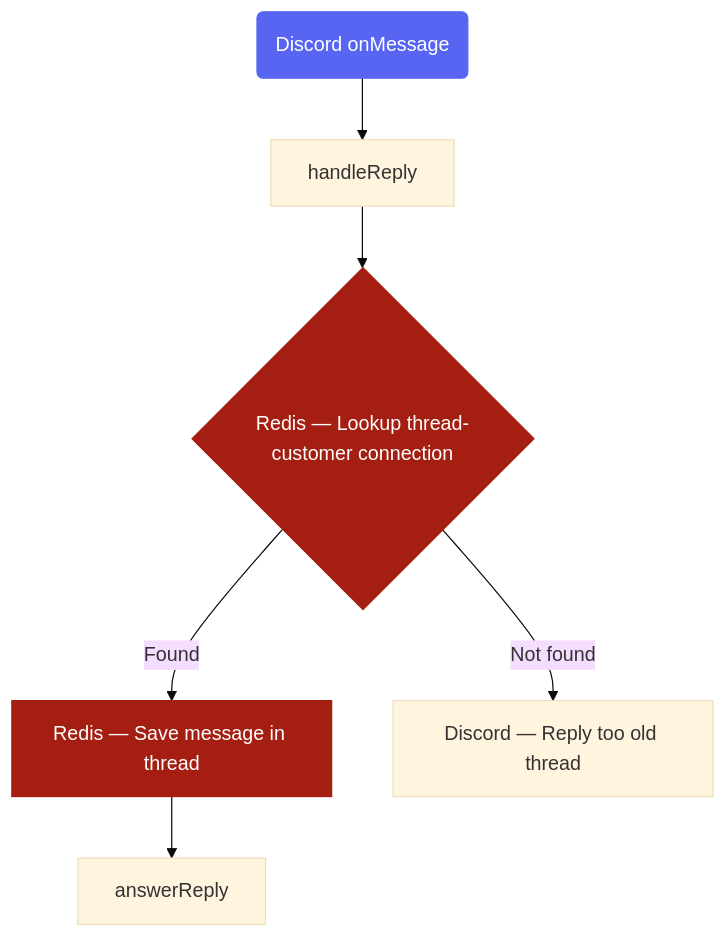
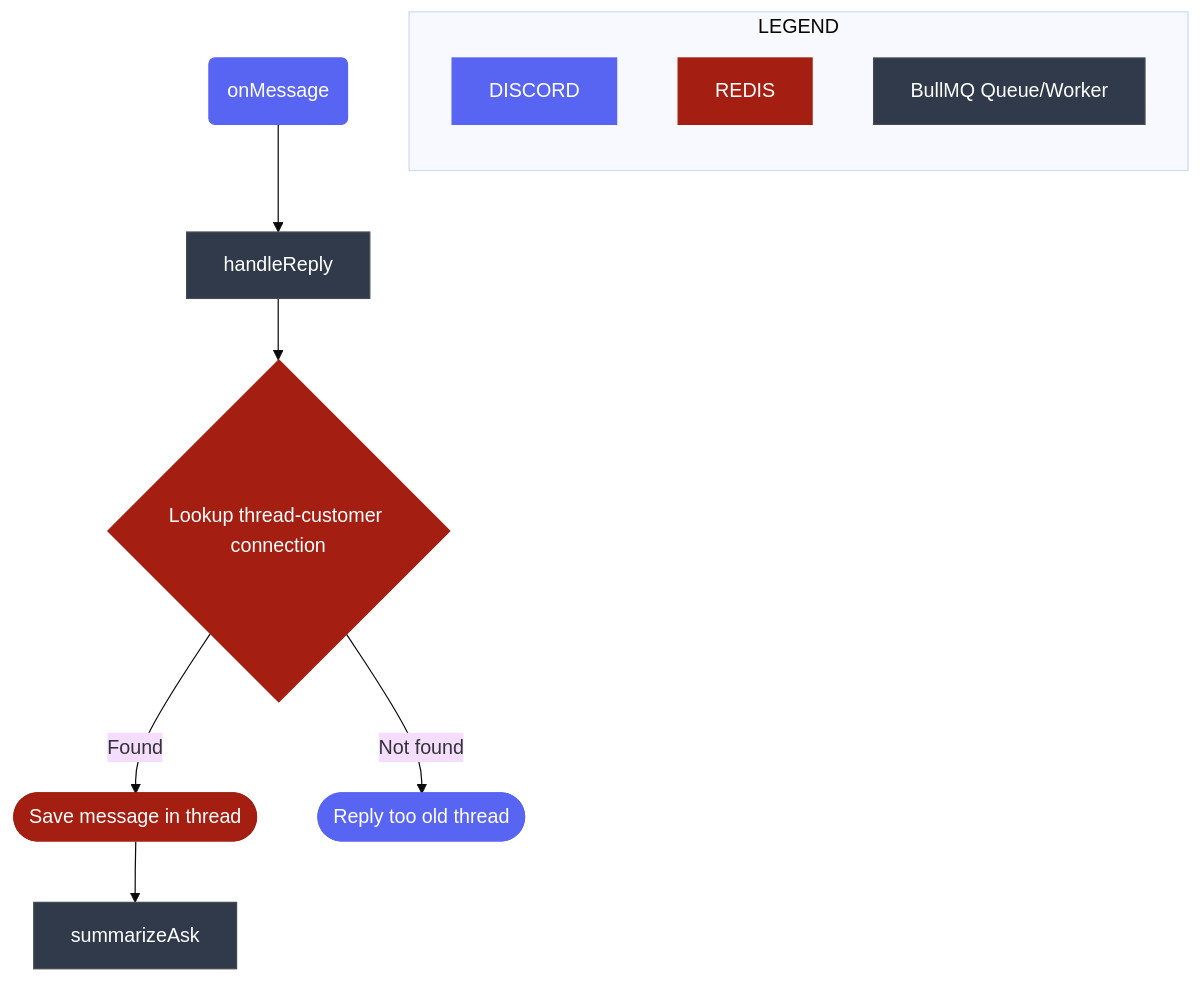
The second of 3 diagrams in README.md (nvaa-se/ai-colleague), drawn with Mermaid (base theme) before and after one commit. The commit also changed other lines of this file, not shown here.

Commit message:
Improve mermaid charts

````diff
--- a/README.md
+++ b/README.md
@@ -40,22 +52,40 @@
 ```mermaid
 flowchart TB
+    LD[DISCORD]
+    LR[REDIS]
+    LW[BullMQ Queue/Worker]
 
-    0(Discord onMessage)
+    0(onMessage)
     A[handleReply]
-    B{Redis — Lookup thread-customer connection}
-    C[Redis — Save message in thread]
-    D[answerReply]
-    E[Discord — Reply too old thread]
-    
+    B{Lookup thread-customer connection}
+    C([Save message in thread])
+    D[summarizeAsk]
+    E([Reply too old thread])
+
+    subgraph LEGEND
+        direction TB
+        LD
+        LR
+        LW
+    end
+
 
     0 --> A --> B --Found--> C --> D
     B --Not found--> E
 
+    %% BullMQ Queue Style
+    style LW color:#ffffff, fill:#303a4b, stroke:#454b52
+    style A color:#ffffff, fill:#303a4b, stroke:#454b52
+    style D color:#ffffff, fill:#303a4b, stroke:#454b52
+
     %% Discord Style
+    style LD color:#FFFFFF, fill:#5865F2, stroke:#5865F2
     style 0 color:#FFFFFF, fill:#5865F2, stroke:#5865F2
-    style 0 color:#FFFFFF, fill:#5865F2, stroke:#5865F2
+    style E color:#FFFFFF, fill:#5865F2, stroke:#5865F2
 
     %% Redis Style
+    style LR color:#FFFFFF, stroke:#A41e11, fill:#A41e11
     style B color:#FFFFFF, stroke:#A41e11, fill:#A41e11
     style C color:#FFFFFF, stroke:#A41e11, fill:#A41e11
+
 ```
````
